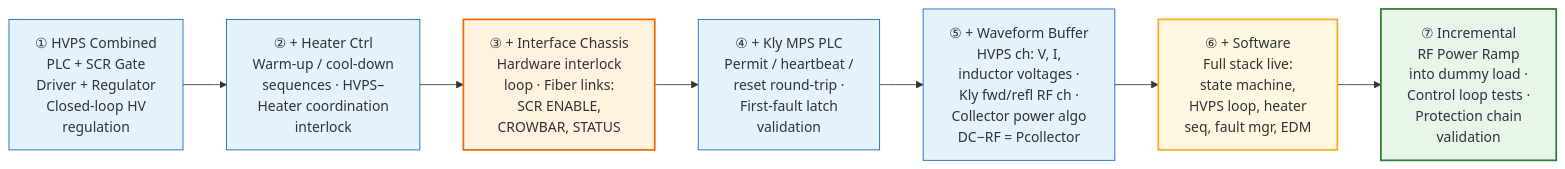
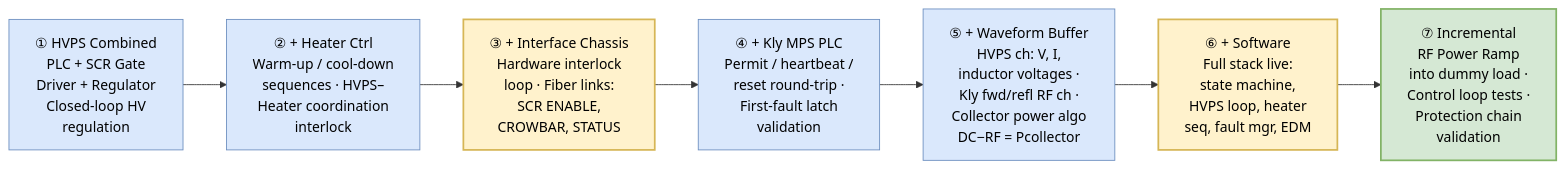
Before and after one commit to fayaw/spearlegacyLLRF: the fifth of 10 diagrams in Designs/ProjectPath_Diagrams.md, drawn with Mermaid. The commit also changed other lines of this file, not shown here.

First line of the commit message:
Improve project path diagrams: fix colors, timeline, and font sizes

````diff
--- a/Designs/ProjectPath_Diagrams.md
+++ b/Designs/ProjectPath_Diagrams.md
@@ -281,20 +284,20 @@
 ```mermaid
 flowchart LR
     TS1["① HVPS Combined<br/>PLC + SCR Gate<br/>Driver + Regulator<br/>Closed-loop HV<br/>regulation"]
     TS2["② + Heater Ctrl<br/>Warm-up / cool-down<br/>sequences · HVPS–<br/>Heater coordination<br/>interlock"]
     TS3["③ + Interface Chassis<br/>Hardware interlock<br/>loop · Fiber links:<br/>SCR ENABLE,<br/>CROWBAR, STATUS"]
     TS4["④ + Kly MPS PLC<br/>Permit / heartbeat /<br/>reset round-trip ·<br/>First-fault latch<br/>validation"]
     TS5["⑤ + Waveform Buffer<br/>HVPS ch: V, I,<br/>inductor voltages ·<br/>Kly fwd/refl RF ch ·<br/>Collector power algo<br/>DC−RF = Pcollector"]
     TS6["⑥ + Software<br/>Full stack live:<br/>state machine,<br/>HVPS loop, heater<br/>seq, fault mgr, EDM"]
     TS7["⑦ Incremental<br/>RF Power Ramp<br/>into dummy load ·<br/>Control loop tests ·<br/>Protection chain<br/>validation"]
 
     TS1 --> TS2 --> TS3 --> TS4 --> TS5 --> TS6 --> TS7
 
-    style TS1 fill:#e3f2fd,stroke:#1565c0
-    style TS2 fill:#e3f2fd,stroke:#1565c0
-    style TS3 fill:#fff3e0,stroke:#ef6c00,stroke-width:2px
-    style TS4 fill:#e3f2fd,stroke:#1565c0
-    style TS5 fill:#e3f2fd,stroke:#1565c0
-    style TS6 fill:#fff8e1,stroke:#f9a825,stroke-width:2px
-    style TS7 fill:#e8f5e9,stroke:#2e7d32,stroke-width:2px
+    style TS1 fill:#dae8fc,stroke:#6c8ebf,color:#000000
+    style TS2 fill:#dae8fc,stroke:#6c8ebf,color:#000000
+    style TS3 fill:#fff2cc,stroke:#d6b656,stroke-width:2px,color:#000000
+    style TS4 fill:#dae8fc,stroke:#6c8ebf,color:#000000
+    style TS5 fill:#dae8fc,stroke:#6c8ebf,color:#000000
+    style TS6 fill:#fff2cc,stroke:#d6b656,stroke-width:2px,color:#000000
+    style TS7 fill:#d5e8d4,stroke:#82b366,stroke-width:2px,color:#000000
 ```
````
